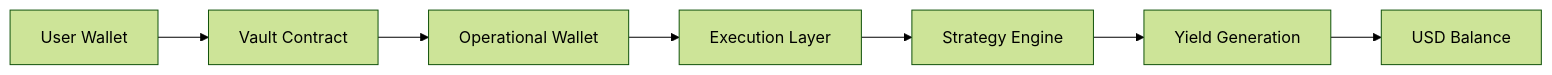
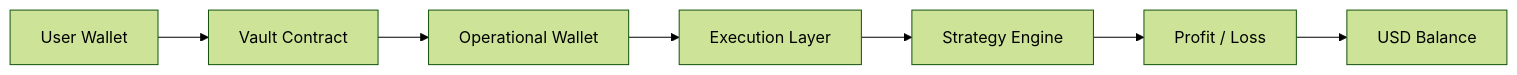
Before and after one commit to FOPEN2010/docs: the diagram in overview/how-it-works.mdx, drawn with Mermaid (forest theme). The commit also changed other lines of this file and 11 other files, not shown here.

````diff
--- a/overview/how-it-works.mdx
+++ b/overview/how-it-works.mdx
@@ -9,9 +9,9 @@
 ```mermaid
 flowchart LR
     A[User Wallet] --> B[Vault Contract]
     B --> C[Operational Wallet]
     C --> D[Execution Layer]
     D --> E[Strategy Engine]
-    E --> F[Yield Generation]
+    E --> F[Profit / Loss]
     F --> G[USD Balance]
 ```
````
